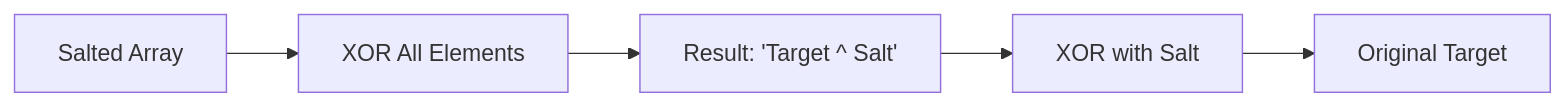
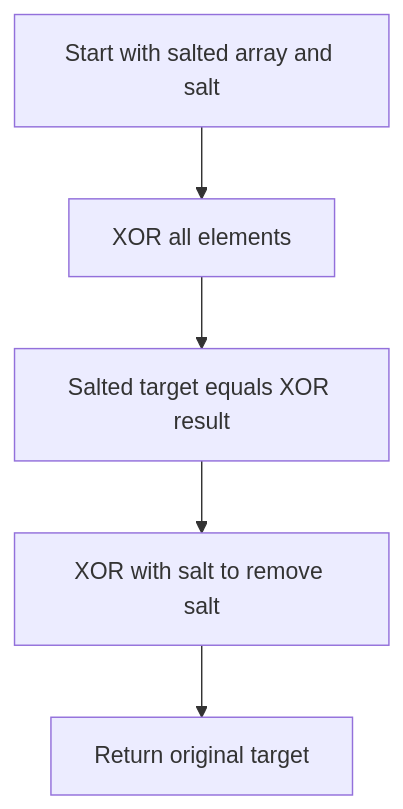
The diagram in dsa-problems/Bitwise/editorials/BIT-001-odd-after-bit-salt.md (GundalaNikhil/DSA), drawn with Mermaid before and after one commit. The commit also changed other lines of this file and 429 other files, not shown here.

````diff
--- a/dsa-problems/Bitwise/editorials/BIT-001-odd-after-bit-salt.md
+++ b/dsa-problems/Bitwise/editorials/BIT-001-odd-after-bit-salt.md
@@ -72,7 +74,7 @@
 ```mermaid
-graph LR
-    Input[Salted Array] --> XOR_ALL[XOR All Elements]
-    XOR_ALL --> Result[Result: 'Target ^ Salt']
-    Result --> Desalt[XOR with Salt]
-    Desalt --> Final[Original Target]
+flowchart TD
+    A[Start with salted array and salt] --> B[XOR all elements]
+    B --> C[Salted target equals XOR result]
+    C --> D[XOR with salt to remove salt]
+    D --> E[Return original target]
 ```
````
